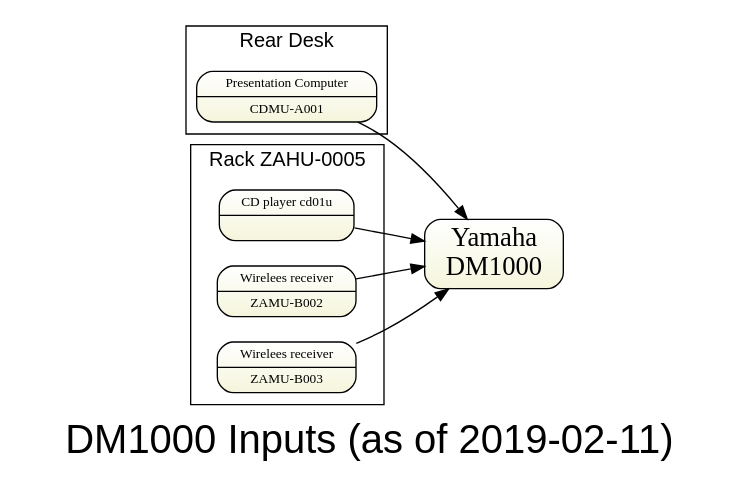
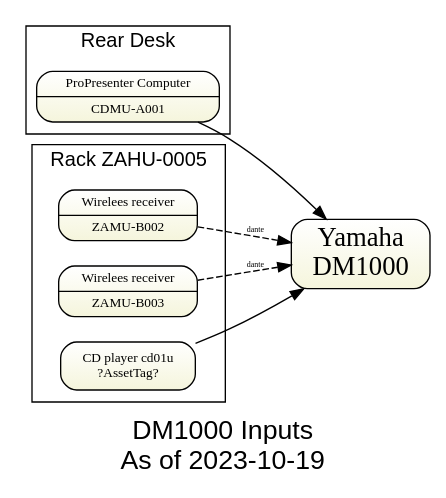
The diagram in gv/sda-inputs-dm.gv (avmaint/uactechdoc), drawn with Graphviz before and after one commit. The commit also changed 8 other files, not shown here.

```diff
--- a/gv/sda-inputs-dm.gv
+++ b/gv/sda-inputs-dm.gv
@@ -1,29 +1,28 @@
 digraph topology1 { 
-graph [overlap = true, fontsize = 30, rankdir=LR 
-      label="DM1000 Inputs (as of 2019-02-11)",
+graph [overlap = true, fontsize = 20, rankdir=LR 
+      label="DM1000 Inputs\nAs of 2023-10-19",
       fontname = Helvetica]
 
 node [shape=Mrecord, tooltip="" , fontsize = 10,
       fillcolor="white:beige" , style=filled  
       gradientangle=270]
       
 dm1k [label="Yamaha\nDM1000" fontsize=20 ]
 
-cdmua001 [label="Presentation Computer|CDMU-A001"]
+cdmua001 [label="ProPresenter Computer|CDMU-A001"]
 
-cd01u    [label="CD player cd01u| "]
- 
-{zamub002 zamub003 cdmua001} -> dm1k
+{zamub002 zamub003 } -> dm1k [label="dante" fontsize=6 style=dashed]
+cdmua001 -> dm1k
 cd01u -> dm1k
   
 subgraph cluster_rear { label="Rear Desk" fontsize=15
   cdmua001
 }
 
 subgraph cluster_front { label="Rack ZAHU-0005" fontsize=15
- cd01u    [label="CD player cd01u| "]
+ cd01u    [label="CD player cd01u\n?AssetTag? "]
  zamub002 [label="Wirelees receiver|ZAMU-B002"]
 zamub003 [label="Wirelees receiver|ZAMU-B003"]
 }
 
 } 
```
